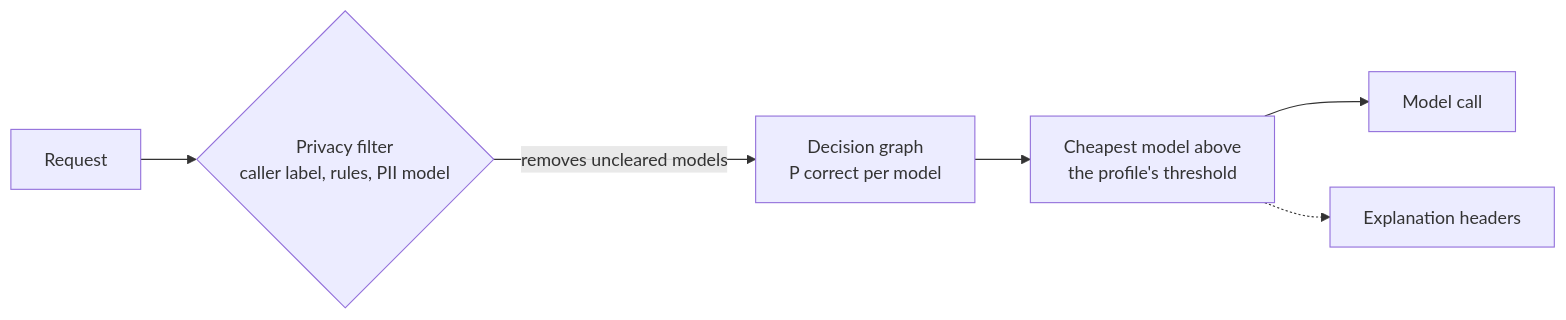
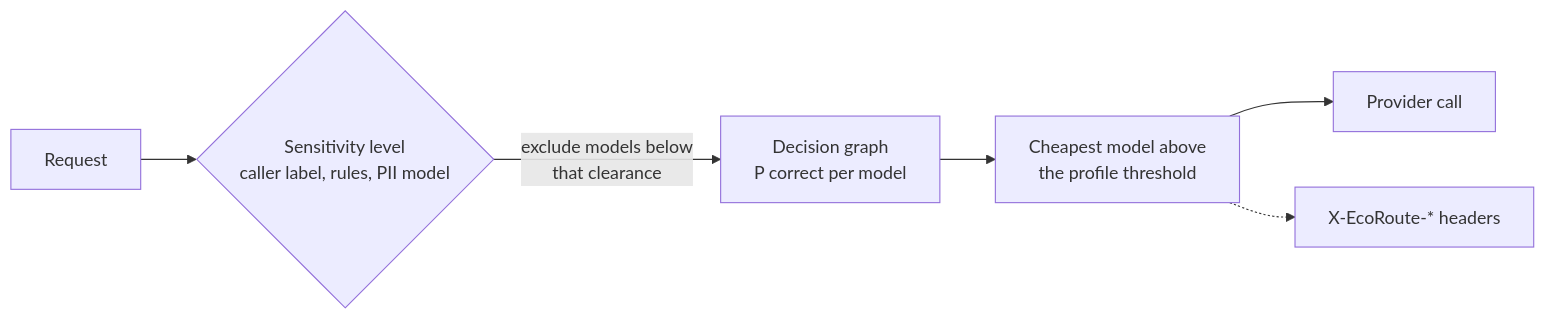
Before and after one commit to waliddoesthis/ecoroute: the diagram in README.md, drawn with Mermaid. The commit also changed other lines of this file and 8 other files, not shown here.

````diff
--- a/README.md
+++ b/README.md
@@ -42,8 +32,8 @@
 ```mermaid
 flowchart LR
-    R[Request] --> F{Privacy filter<br/>caller label, rules, PII model}
-    F -->|removes uncleared models| G[Decision graph<br/>P correct per model]
-    G --> D[Cheapest model above<br/>the profile's threshold]
-    D --> M[Model call]
-    D -.-> X[Explanation headers]
+    R[Request] --> F{Sensitivity level<br/>caller label, rules, PII model}
+    F -->|exclude models below<br/>that clearance| G[Decision graph<br/>P correct per model]
+    G --> D[Cheapest model above<br/>the profile threshold]
+    D --> M[Provider call]
+    D -.-> X[X-EcoRoute-* headers]
 ```
````
